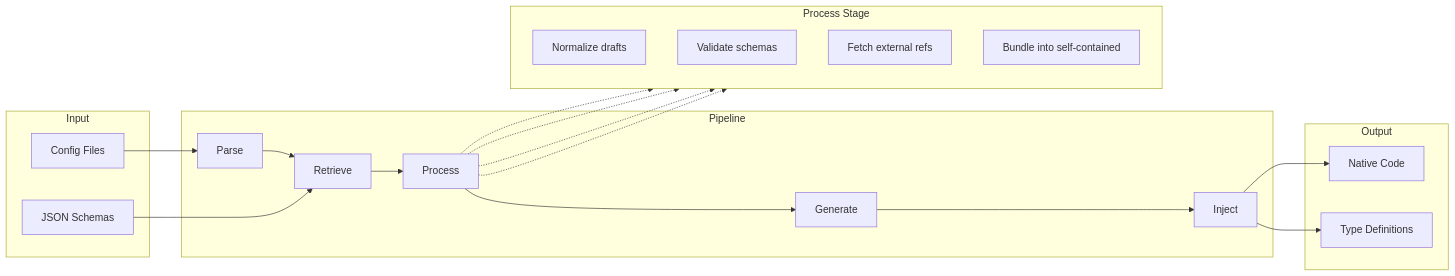
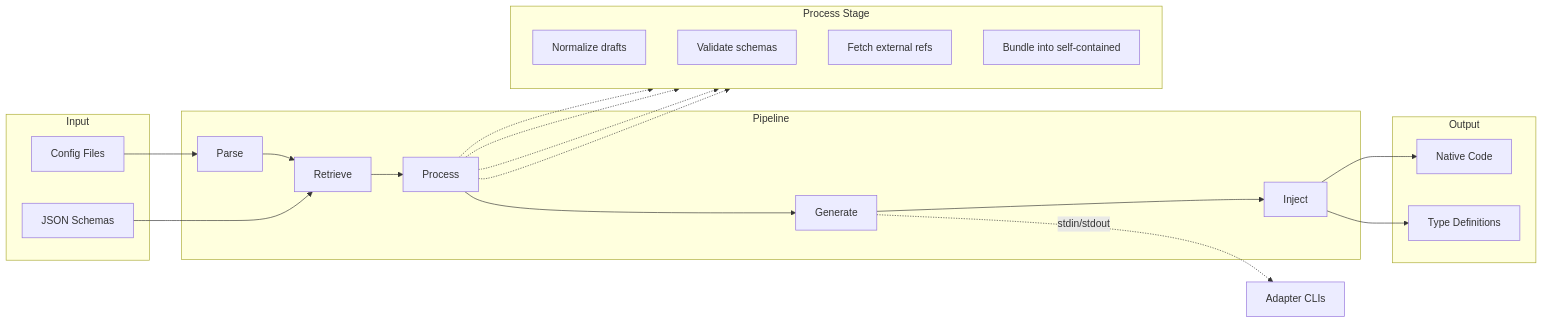
One commit to xschemadev/xschema changed the diagram in web/content/docs/(framework)/what-is-xschema.mdx. Above: the diagram before and after it, drawn with Mermaid. The commit also changed other lines of this file and 18 other files, not shown here.

````diff
--- a/web/content/docs/(framework)/what-is-xschema.mdx
+++ b/web/content/docs/(framework)/what-is-xschema.mdx
@@ -31,36 +31,39 @@
 ```mermaid
 flowchart LR
     subgraph Input
         C[Config Files]
         S[JSON Schemas]
     end
     
     subgraph Pipeline
         P[Parse] --> R[Retrieve]
         R --> Pr[Process]
         Pr --> G[Generate]
         G --> I[Inject]
     end
     
     subgraph Process Stage
         direction TB
         N[Normalize drafts]
         V[Validate schemas]
         F[Fetch external refs]
         B[Bundle into self-contained]
     end
+
+    A[Adapter CLIs]
     
     subgraph Output
         O[Native Code]
         T[Type Definitions]
     end
     
     C --> P
     S --> R
     Pr -.-> N
     Pr -.-> V
     Pr -.-> F
     Pr -.-> B
+    G -.->|stdin/stdout| A
     I --> O
     I --> T
 ```
````
